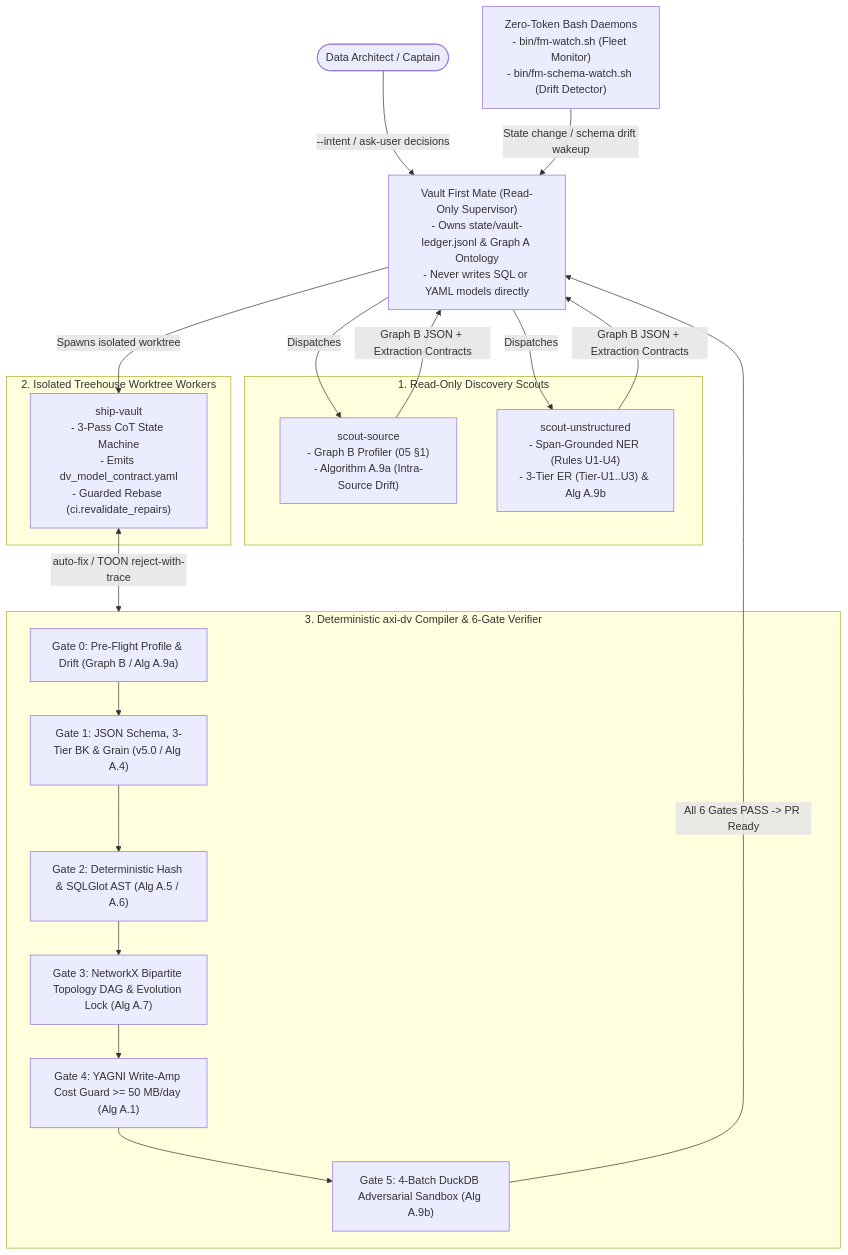
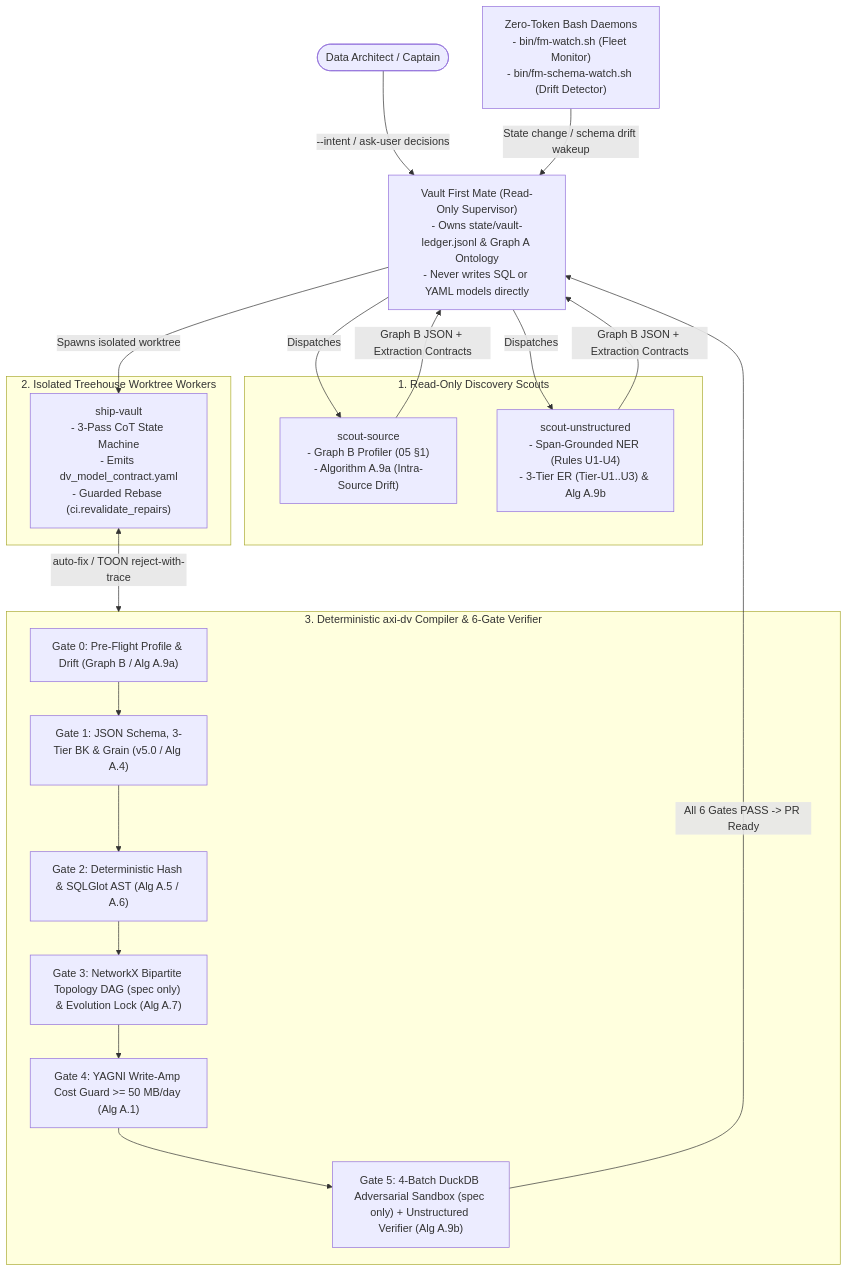
Before and after one commit to nogoo9/open-dv: the diagram in README.md, drawn with Mermaid. The commit also changed 3 other files, not shown here.

````diff
--- a/README.md
+++ b/README.md
@@ -34,33 +34,33 @@
 ```mermaid
 flowchart TB
     User(["Data Architect / Captain"])
     FM["Vault First Mate (Read-Only Supervisor)\n- Owns state/vault-ledger.jsonl & Graph A Ontology\n- Never writes SQL or YAML models directly"]
     Watch["Zero-Token Bash Daemons\n- bin/fm-watch.sh (Fleet Monitor)\n- bin/fm-schema-watch.sh (Drift Detector)"]
 
     subgraph Scouts ["1. Read-Only Discovery Scouts"]
         SS["scout-source\n- Graph B Profiler (05 §1)\n- Algorithm A.9a (Intra-Source Drift)"]
         SU["scout-unstructured\n- Span-Grounded NER (Rules U1-U4)\n- 3-Tier ER (Tier-U1..U3) & Alg A.9b"]
     end
 
     subgraph Worktrees ["2. Isolated Treehouse Worktree Workers"]
         SW["ship-vault\n- 3-Pass CoT State Machine\n- Emits dv_model_contract.yaml\n- Guarded Rebase (ci.revalidate_repairs)"]
     end
 
     subgraph AxiDV ["3. Deterministic axi-dv Compiler & 6-Gate Verifier"]
         G0["Gate 0: Pre-Flight Profile & Drift (Graph B / Alg A.9a)"]
         G1["Gate 1: JSON Schema, 3-Tier BK & Grain (v5.0 / Alg A.4)"]
         G2["Gate 2: Deterministic Hash & SQLGlot AST (Alg A.5 / A.6)"]
-        G3["Gate 3: NetworkX Bipartite Topology DAG & Evolution Lock (Alg A.7)"]
+        G3["Gate 3: NetworkX Bipartite Topology DAG (spec only) & Evolution Lock (Alg A.7)"]
         G4["Gate 4: YAGNI Write-Amp Cost Guard >= 50 MB/day (Alg A.1)"]
-        G5["Gate 5: 4-Batch DuckDB Adversarial Sandbox (Alg A.9b)"]
+        G5["Gate 5: 4-Batch DuckDB Adversarial Sandbox (spec only) + Unstructured Verifier (Alg A.9b)"]
         G0 --> G1 --> G2 --> G3 --> G4 --> G5
     end
 
     User -- "--intent / ask-user decisions" --> FM
     Watch -- "State change / schema drift wakeup" --> FM
     FM -- "Dispatches" --> SS & SU
     SS & SU -- "Graph B JSON + Extraction Contracts" --> FM
     FM -- "Spawns isolated worktree" --> SW
     SW <-->|"auto-fix / TOON reject-with-trace"| AxiDV
     G5 -- "All 6 Gates PASS -> PR Ready" --> FM
 ```
````
